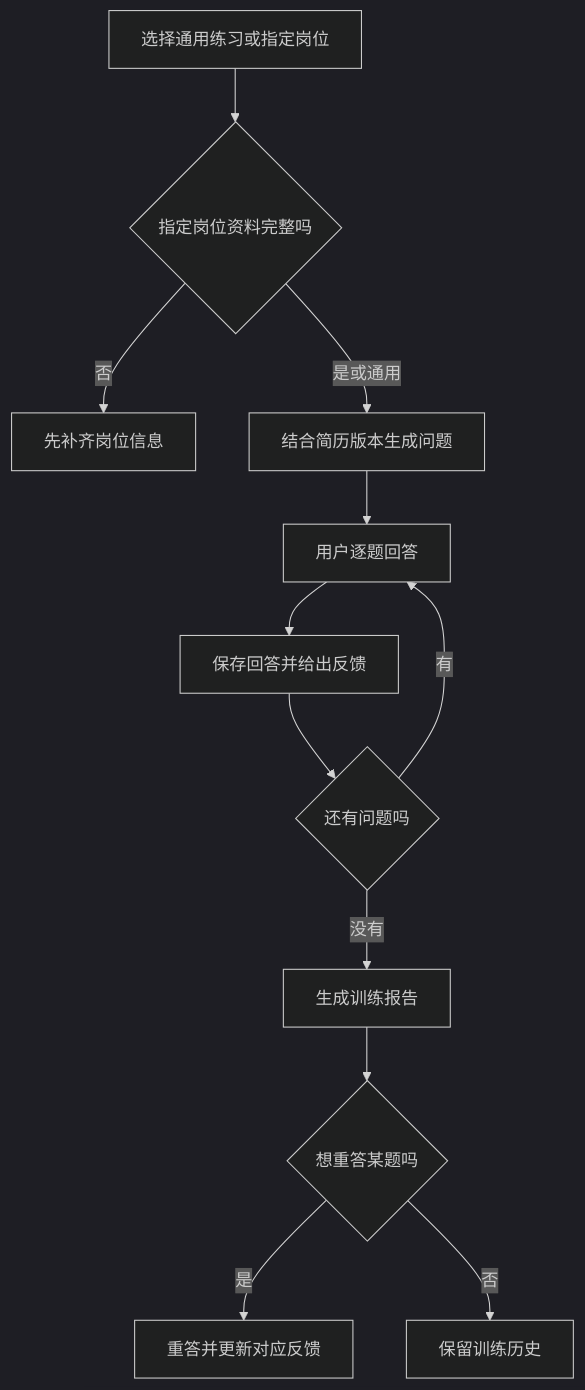
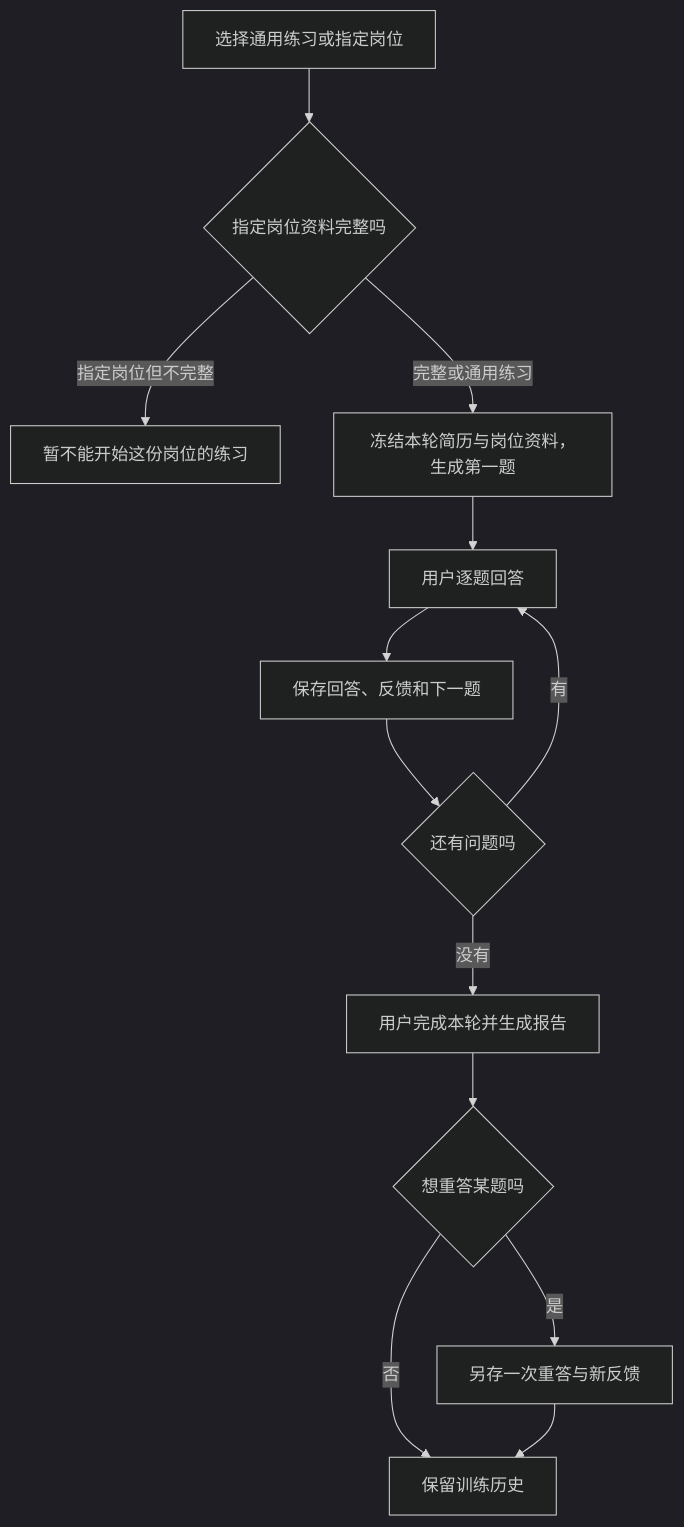
Before and after one commit to daydreamer0213/OfferGo: diagram 12 of 16 in docs/offergo-product-module-flows.md, drawn with Mermaid (dark theme). The commit also changed other lines of this file, not shown here.

Commit message:
docs: correct OfferGo module flow diagrams against code

````diff
--- a/docs/offergo-product-module-flows.md
+++ b/docs/offergo-product-module-flows.md
@@ -270,14 +292,15 @@
 ```mermaid
 flowchart TD
   A[选择通用练习或指定岗位] --> B{指定岗位资料完整吗}
-  B -- 否 --> C[先补齐岗位信息]
-  B -- 是或通用 --> D[结合简历版本生成问题]
+  B -- 指定岗位但不完整 --> C[暂不能开始这份岗位的练习]
+  B -- 完整或通用练习 --> D[冻结本轮简历与岗位资料，生成第一题]
   D --> E[用户逐题回答]
-  E --> F[保存回答并给出反馈]
+  E --> F[保存回答、反馈和下一题]
   F --> G{还有问题吗}
   G -- 有 --> E
-  G -- 没有 --> H[生成训练报告]
+  G -- 没有 --> H[用户完成本轮并生成报告]
   H --> I{想重答某题吗}
-  I -- 是 --> J[重答并更新对应反馈]
+  I -- 是 --> J[另存一次重答与新反馈]
   I -- 否 --> K[保留训练历史]
+  J --> K
 ```
````
